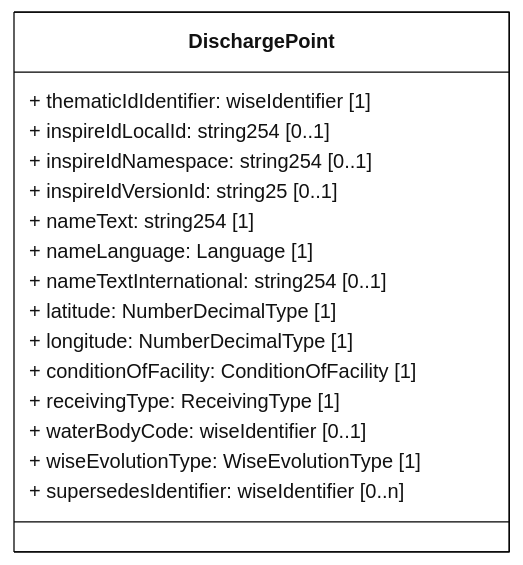
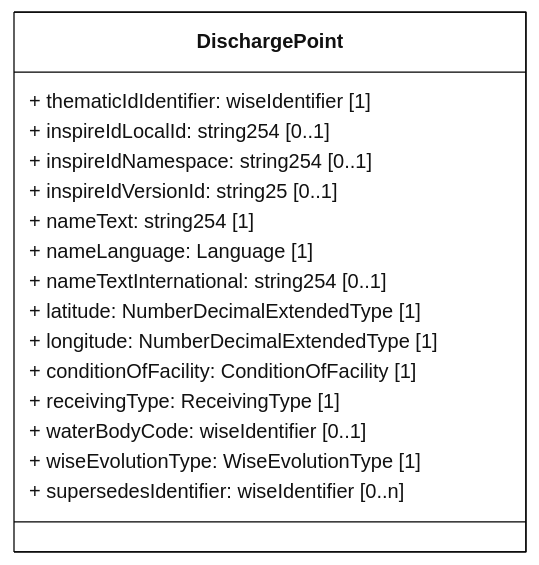
One commit to eeadata/WISE.UWWTD.Documentation changed the diagram in docs/rUWWTD2024/SpatialPoints/mmd/SpatialPoints_DischargePoint_ClassDiagram.mmd. Above: the diagram before and after it, drawn with Mermaid. The commit also changed 13 other files, not shown here.

First line of the commit message:
Add spatial points example diagrams and refine guidance

```diff
--- a/docs/rUWWTD2024/SpatialPoints/mmd/SpatialPoints_DischargePoint_ClassDiagram.mmd
+++ b/docs/rUWWTD2024/SpatialPoints/mmd/SpatialPoints_DischargePoint_ClassDiagram.mmd
@@ -1,28 +1,28 @@
 ---
 config:
   class:
     hideEmptyMembersBox: true
   layout: dagre
   theme: neutral
 ---
 classDiagram
 direction LR
 class DischargePoint {
     + thematicIdIdentifier: wiseIdentifier [1]
     + inspireIdLocalId: string254 [0..1]
     + inspireIdNamespace: string254 [0..1]
     + inspireIdVersionId: string25 [0..1]
     + nameText: string254 [1]
     + nameLanguage: Language [1]
     + nameTextInternational: string254 [0..1]
-    + latitude: NumberDecimalType [1]
-    + longitude: NumberDecimalType [1]
+    + latitude: NumberDecimalExtendedType [1]
+    + longitude: NumberDecimalExtendedType [1]
     + conditionOfFacility: ConditionOfFacility [1]
     + receivingType: ReceivingType [1]
     + waterBodyCode: wiseIdentifier [0..1]
     + wiseEvolutionType: WiseEvolutionType [1]
     + supersedesIdentifier: wiseIdentifier [0..n]
 }
 
 classDef default fill:white,stroke:#000;
 classDef forFixing fill:white,stroke:#f00;
```
